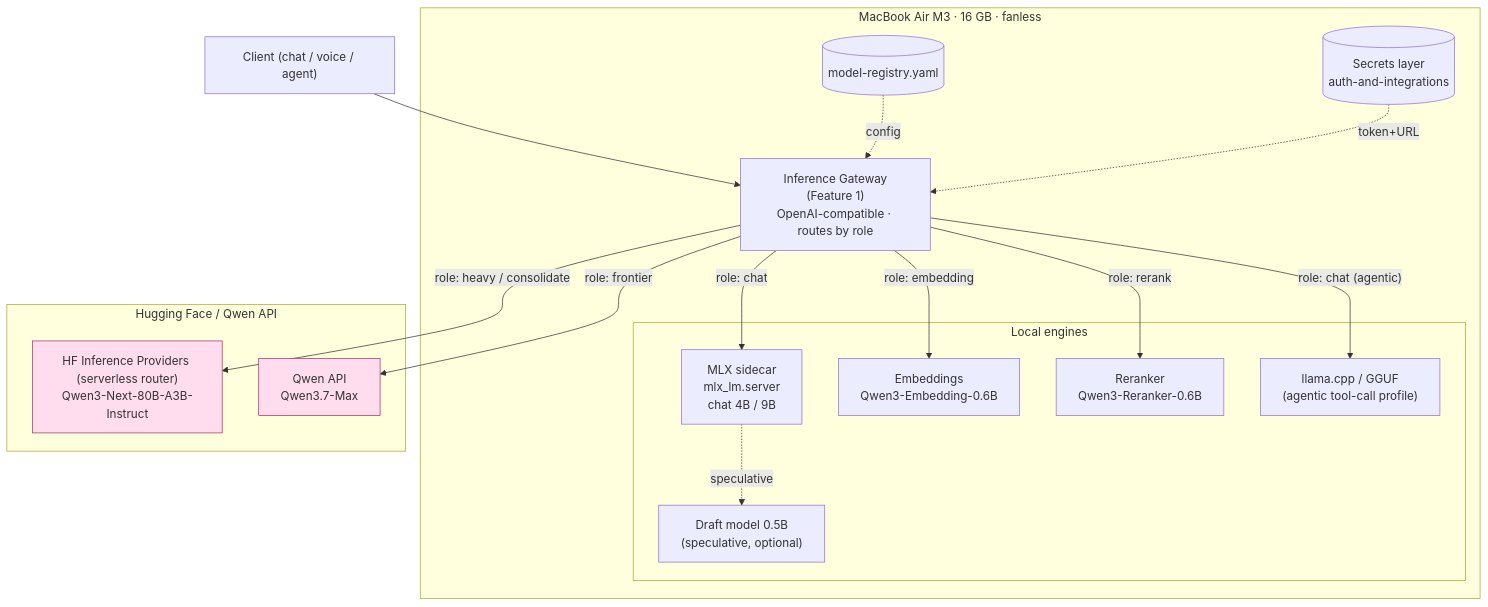
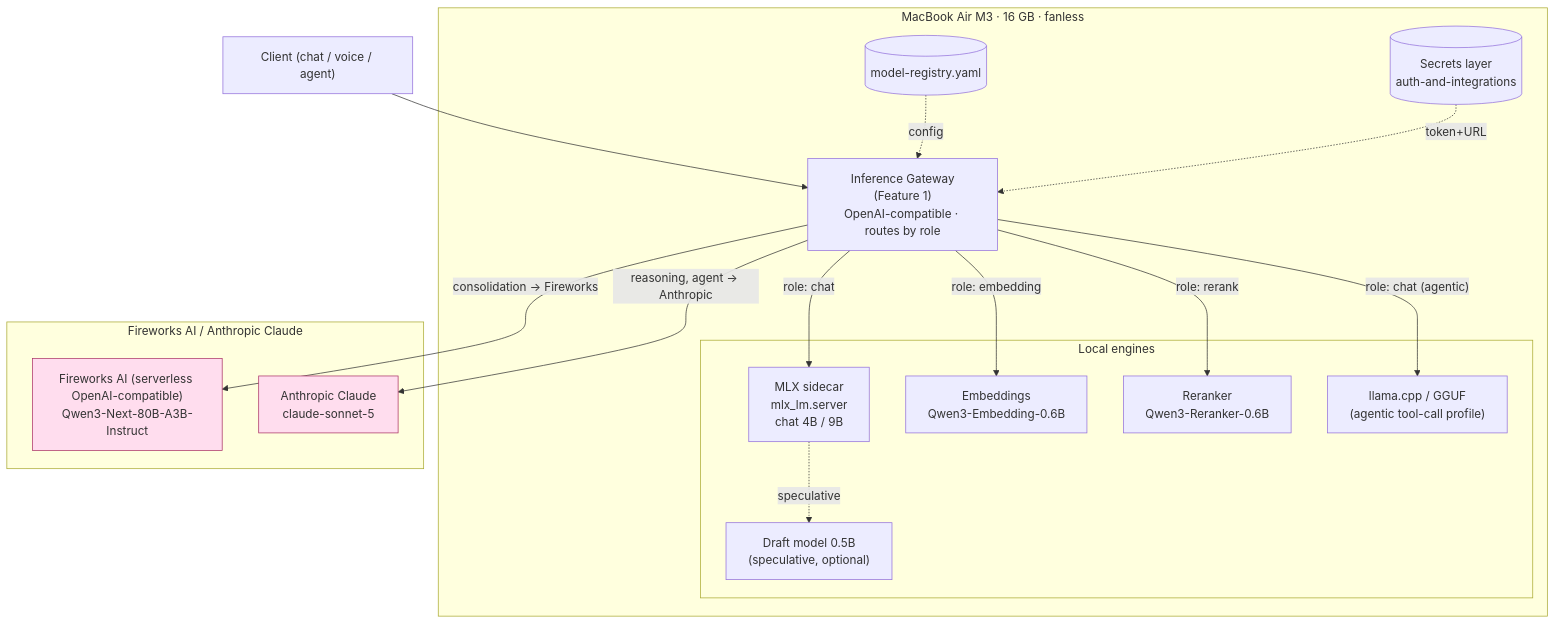
Before and after one commit to Anirudh-Sridharan/Jarvis: the diagram in architecture/model-serving.md, drawn with Mermaid. The commit also changed other lines of this file and 1 other file, not shown here.

First line of the commit message:
docs(13.1-02): architecture docs describe Fireworks + Anthropic heavy lane

````diff
--- a/architecture/model-serving.md
+++ b/architecture/model-serving.md
@@ -338,39 +365,39 @@
 ```mermaid
 flowchart TB
     Client["Client (chat / voice / agent)"]
 
     subgraph Device["MacBook Air M3 · 16 GB · fanless"]
         Gateway["Inference Gateway<br/>(Feature 1)<br/>OpenAI-compatible · routes by role"]
 
         subgraph Local["Local engines"]
             MLX["MLX sidecar<br/>mlx_lm.server<br/>chat 4B / 9B"]
             Draft["Draft model 0.5B<br/>(speculative, optional)"]
             Embed["Embeddings<br/>Qwen3-Embedding-0.6B"]
             Rerank["Reranker<br/>Qwen3-Reranker-0.6B"]
             GGUF["llama.cpp / GGUF<br/>(agentic tool-call profile)"]
         end
 
         Registry[("model-registry.yaml")]
         Secrets[("Secrets layer<br/>auth-and-integrations")]
     end
 
-    subgraph Cloud["Hugging Face / Qwen API"]
-        HF["HF Inference Providers (serverless router)<br/>Qwen3-Next-80B-A3B-Instruct"]
-        API["Qwen API<br/>Qwen3.7-Max"]
+    subgraph Cloud["Fireworks AI / Anthropic Claude"]
+        FIREWORKS["Fireworks AI (serverless OpenAI-compatible)<br/>Qwen3-Next-80B-A3B-Instruct"]
+        ANTHROPIC["Anthropic Claude<br/>claude-sonnet-5"]
     end
 
     Client --> Gateway
     Gateway -->|"role: chat"| MLX
     Gateway -->|"role: chat (agentic)"| GGUF
     Gateway -->|"role: embedding"| Embed
     Gateway -->|"role: rerank"| Rerank
     MLX -.->|speculative| Draft
-    Gateway -->|"role: heavy / consolidate"| HF
-    Gateway -->|"role: frontier"| API
+    Gateway -->|"consolidation → Fireworks"| FIREWORKS
+    Gateway -->|"reasoning, agent → Anthropic"| ANTHROPIC
 
     Registry -.config.-> Gateway
     Secrets -.token+URL.-> Gateway
 
     classDef remote fill:#fde,stroke:#a36;
-    class HF,API remote;
+    class FIREWORKS,ANTHROPIC remote;
 ```
````
